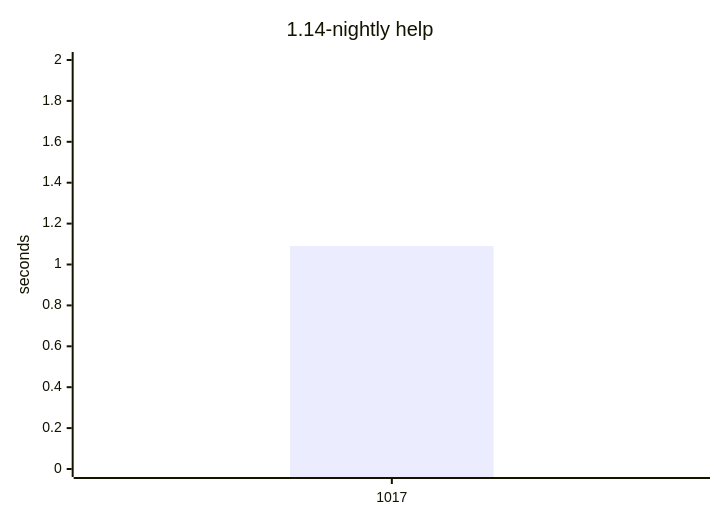
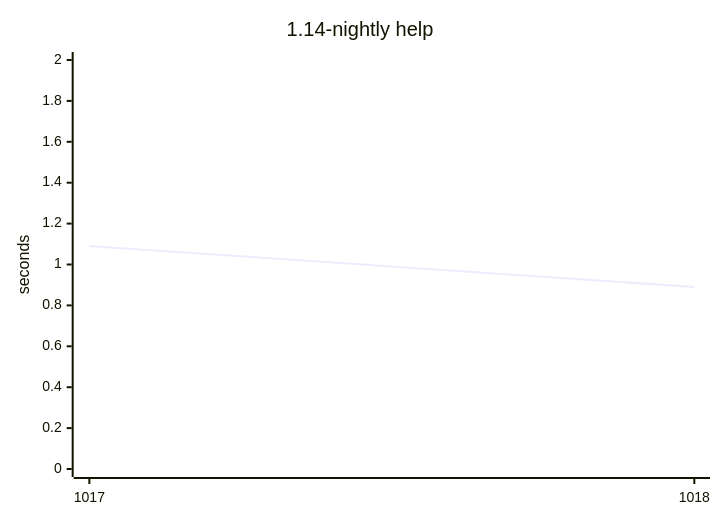
Before and after one commit to yamanori99/DistSSHRun.jl: the second of 2 diagrams in README.md, drawn with Mermaid. The commit also changed other lines of this file and 1 other file, not shown here.

````diff
--- a/README.md
+++ b/README.md
@@ -51,7 +52,7 @@
 ```mermaid
 xychart-beta
     title "1.14-nightly help"
-    x-axis ["1017"]
+    x-axis ["1017", "1018"]
     y-axis "seconds" 0 --> 2
-    bar [1.09]
+    line [1.09, 0.89]
 ```
````
